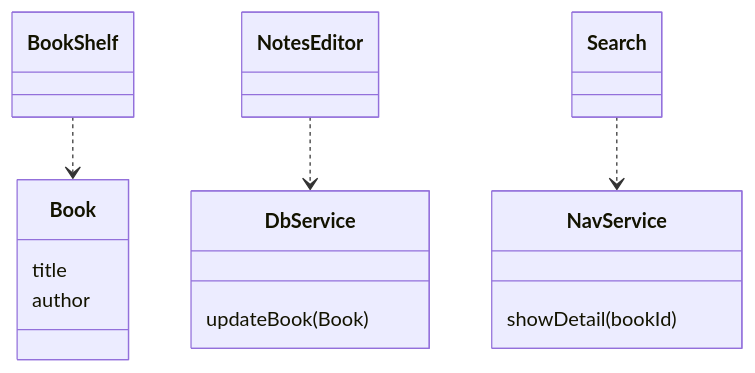
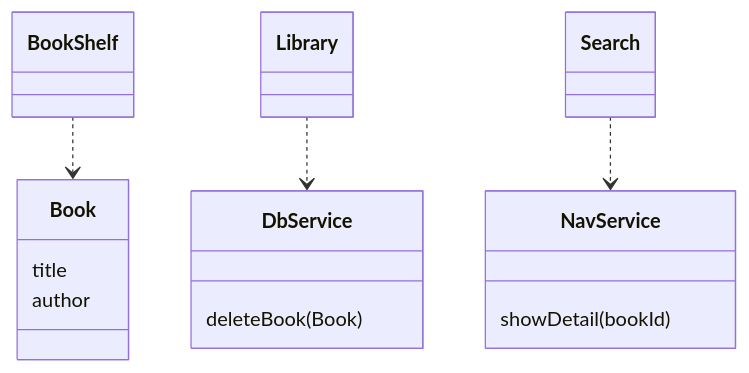
The sixth of 8 diagrams in hypermodular/SKILL.md (sisoje/hypermodular), drawn with Mermaid before and after one commit. The commit also changed other lines of this file and 7 other files, not shown here.

````diff
--- a/hypermodular/SKILL.md
+++ b/hypermodular/SKILL.md
@@ -191,18 +220,18 @@
 ```mermaid
 %% Root: App · Coupling
 classDiagram
     class Book {
         title
         author
     }
     class DbService {
-        updateBook(Book)
+        deleteBook(Book)
     }
     class NavService {
         showDetail(bookId)
     }
 
     BookShelf ..> Book
-    NotesEditor ..> DbService
+    Library ..> DbService
     Search ..> NavService
 ```
````
